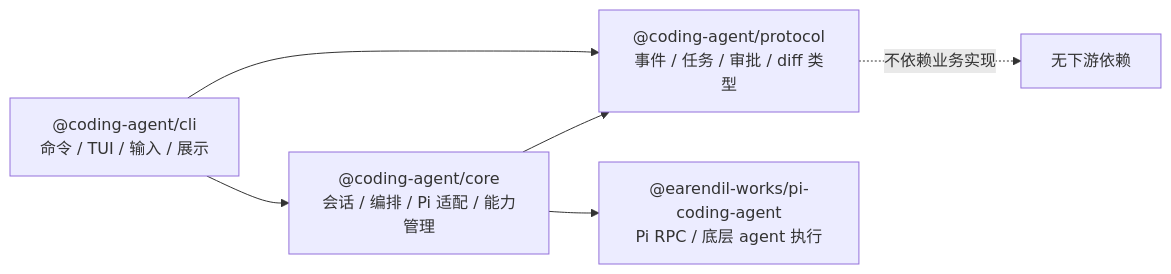
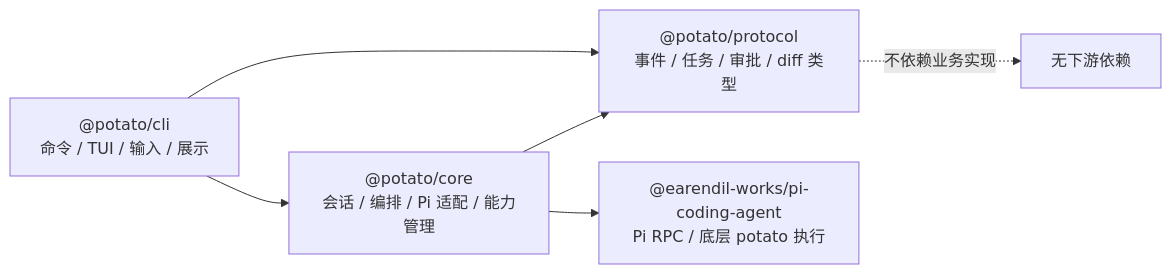
Before and after one commit to CrazyMrYan/potato-agent: the second of 6 diagrams in wiki/architecture.md, drawn with Mermaid. The commit also changed other lines of this file and 55 other files, not shown here.

````diff
--- a/wiki/architecture.md
+++ b/wiki/architecture.md
@@ -92,9 +92,9 @@
 ```mermaid
 flowchart LR
-    CLI["@coding-agent/cli<br/>命令 / TUI / 输入 / 展示"] --> Core["@coding-agent/core<br/>会话 / 编排 / Pi 适配 / 能力管理"]
-    CLI --> Protocol["@coding-agent/protocol<br/>事件 / 任务 / 审批 / diff 类型"]
+    CLI["@potato/cli<br/>命令 / TUI / 输入 / 展示"] --> Core["@potato/core<br/>会话 / 编排 / Pi 适配 / 能力管理"]
+    CLI --> Protocol["@potato/protocol<br/>事件 / 任务 / 审批 / diff 类型"]
     Core --> Protocol
-    Core --> Pi["@earendil-works/pi-coding-agent<br/>Pi RPC / 底层 agent 执行"]
+    Core --> Pi["@earendil-works/pi-coding-agent<br/>Pi RPC / 底层 potato 执行"]
 
     Protocol -. "不依赖业务实现" .-> None1["无下游依赖"]
 ```
````
